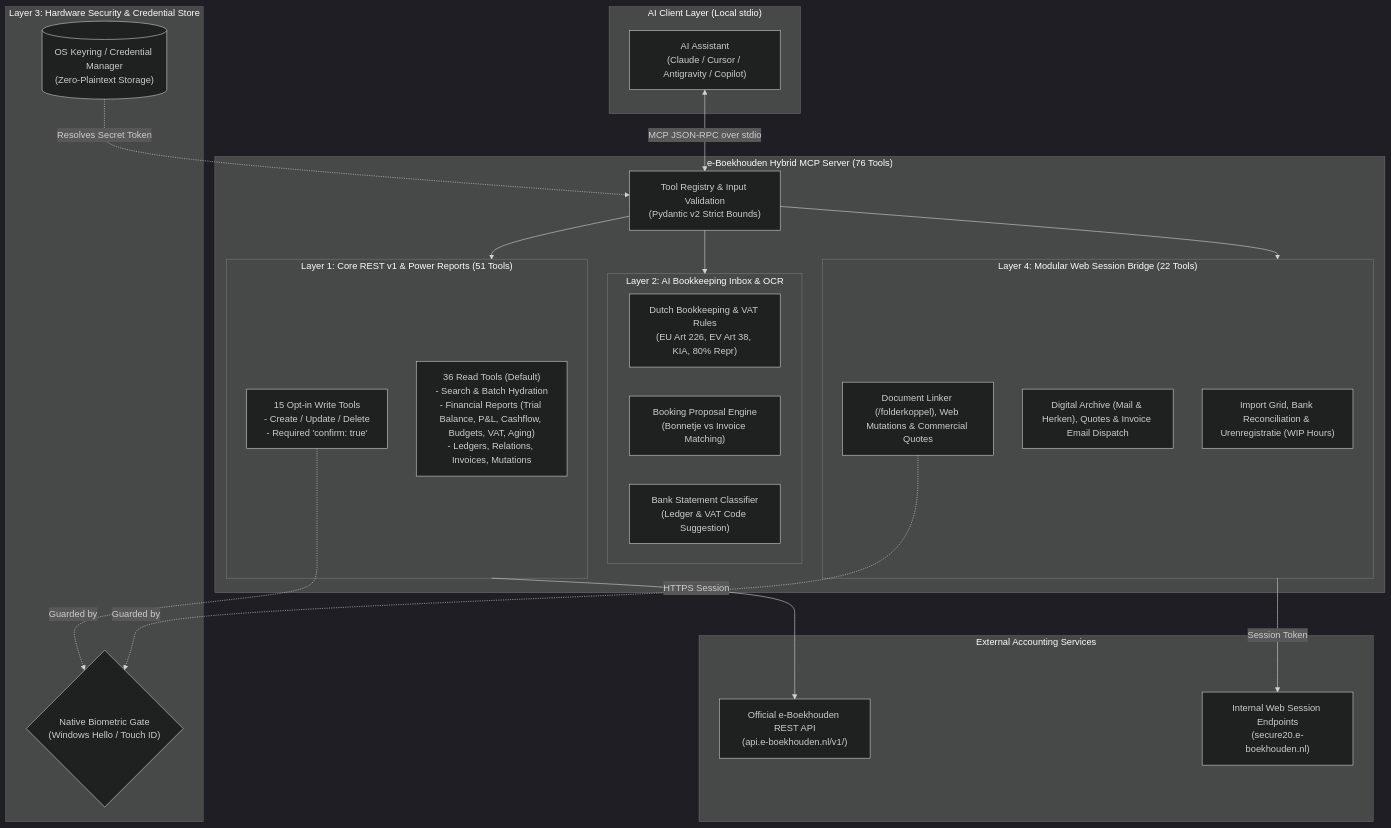
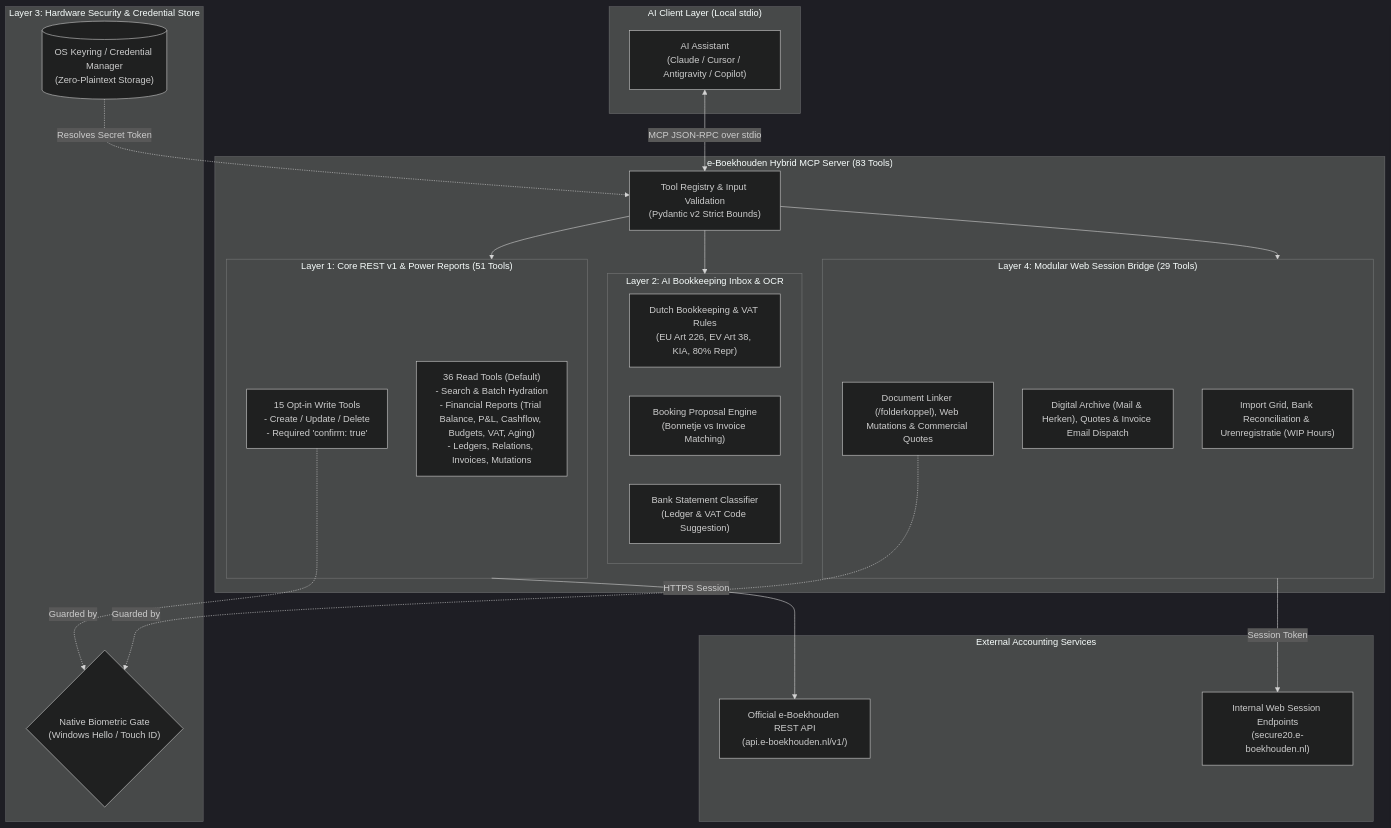
The diagram in README.md (hemelbesem90s/e-Boekhouden-MCP), drawn with Mermaid (dark theme) before and after one commit. The commit also changed other lines of this file and 10 other files, not shown here.

Commit message:
feat(web-session): add Urenregistratie write tools, update_invoice, and enrich send_invoice output

````diff
--- a/README.md
+++ b/README.md
@@ -43,47 +43,47 @@
 ```mermaid
 flowchart TD
     subgraph ClientLayer["AI Client Layer (Local stdio)"]
         AI["AI Assistant\n(Claude / Cursor / Antigravity / Copilot)"]
     end
 
     subgraph SecurityLayer["Layer 3: Hardware Security & Credential Store"]
         BioGate{"Native Biometric Gate\n(Windows Hello / Touch ID)"}
         KeyringStore[("OS Keyring / Credential Manager\n(Zero-Plaintext Storage)")]
     end
 
-    subgraph MCPServer["e-Boekhouden Hybrid MCP Server (76 Tools)"]
+    subgraph MCPServer["e-Boekhouden Hybrid MCP Server (83 Tools)"]
         Registry["Tool Registry & Input Validation\n(Pydantic v2 Strict Bounds)"]
         
         subgraph L1["Layer 1: Core REST v1 & Power Reports (51 Tools)"]
             RESTRead["36 Read Tools (Default)\n- Search & Batch Hydration\n- Financial Reports (Trial Balance, P&L, Cashflow, Budgets, VAT, Aging)\n- Ledgers, Relations, Invoices, Mutations"]
             RESTWrite["15 Opt-in Write Tools\n- Create / Update / Delete\n- Required 'confirm: true'"]
         end
 
         subgraph L2["Layer 2: AI Bookkeeping Inbox & OCR"]
             DutchRules["Dutch Bookkeeping & VAT Rules\n(EU Art 226, EV Art 38, KIA, 80% Repr)"]
             Proposal["Booking Proposal Engine\n(Bonnetje vs Invoice Matching)"]
             BankClassify["Bank Statement Classifier\n(Ledger & VAT Code Suggestion)"]
         end
 
-        subgraph L4["Layer 4: Modular Web Session Bridge (22 Tools)"]
+        subgraph L4["Layer 4: Modular Web Session Bridge (29 Tools)"]
             WebGrid["Import Grid, Bank Reconciliation & Urenregistratie (WIP Hours)"]
             WebArchive["Digital Archive (Mail & Herken), Quotes & Invoice Email Dispatch"]
             WebAttach["Document Linker (/folderkoppel), Web Mutations & Commercial Quotes"]
         end
     end
 
     subgraph RemoteAPI["External Accounting Services"]
         OfficialAPI["Official e-Boekhouden REST API\n(api.e-boekhouden.nl/v1/)"]
         WebSession["Internal Web Session Endpoints\n(secure20.e-boekhouden.nl)"]
     end
 
     AI <-->|MCP JSON-RPC over stdio| Registry
     KeyringStore -.->|Resolves Secret Token| Registry
     Registry --> L1
     Registry --> L2
     Registry --> L4
     RESTWrite -.->|Guarded by| BioGate
     WebAttach -.->|Guarded by| BioGate
     L1 -->|HTTPS Session| OfficialAPI
     L4 -->|Session Token| WebSession
 ```
````
